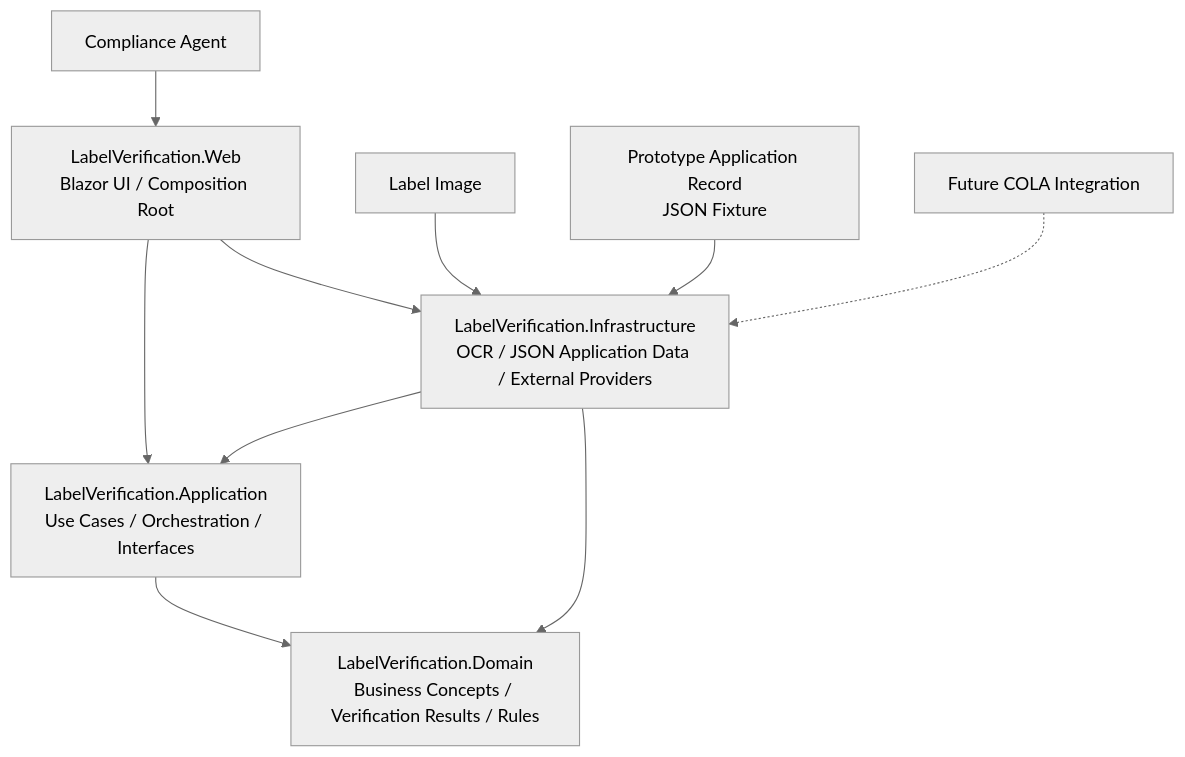
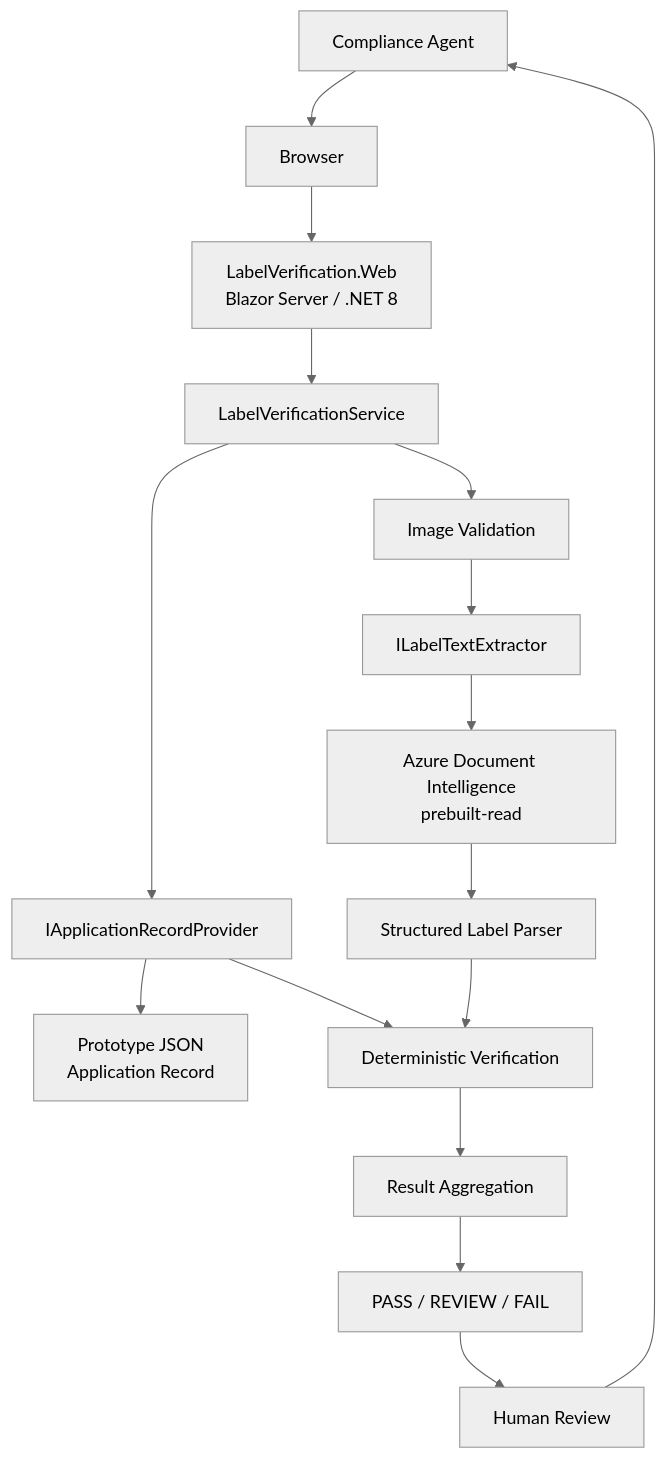
One commit to rawamba/ttb-ai-label-verification changed the first of 6 diagrams in docs/architecture.md. Above: the diagram before and after it, drawn with Mermaid (neutral theme). The commit also changed other lines of this file and 5 other files, not shown here.

````diff
--- a/docs/architecture.md
+++ b/docs/architecture.md
@@ -35,24 +46,37 @@
 ```mermaid
 flowchart TD
     Agent["Compliance Agent"]
-    Web["LabelVerification.Web<br/>Blazor UI / Composition Root"]
-    App["LabelVerification.Application<br/>Use Cases / Orchestration / Interfaces"]
-    Domain["LabelVerification.Domain<br/>Business Concepts / Verification Results / Rules"]
-    Infra["LabelVerification.Infrastructure<br/>OCR / JSON Application Data / External Providers"]
+    Browser["Browser"]
+    Web["LabelVerification.Web<br/>Blazor Server / .NET 8"]
+    Workflow["LabelVerificationService"]
+    AppAdapter["IApplicationRecordProvider"]
+    Json["Prototype JSON<br/>Application Record"]
+    Validator["Image Validation"]
+    OCRBoundary["ILabelTextExtractor"]
+    AzureDI["Azure Document Intelligence<br/>prebuilt-read"]
+    Parser["Structured Label Parser"]
+    Rules["Deterministic Verification"]
+    Aggregate["Result Aggregation"]
+    Result["PASS / REVIEW / FAIL"]
+    Human["Human Review"]
 
-    Label["Label Image"]
-    AppData["Prototype Application Record<br/>JSON Fixture"]
-    FutureCOLA["Future COLA Integration"]
+    Agent --> Browser
+    Browser --> Web
+    Web --> Workflow
 
-    Agent --> Web
-    Web --> App
-    App --> Domain
+    Workflow --> AppAdapter
+    AppAdapter --> Json
 
-    Web --> Infra
-    Infra --> App
-    Infra --> Domain
+    Workflow --> Validator
+    Validator --> OCRBoundary
+    OCRBoundary --> AzureDI
+    AzureDI --> Parser
 
-    Label --> Infra
-    AppData --> Infra
-    FutureCOLA -.-> Infra
+    Parser --> Rules
+    AppAdapter --> Rules
+
+    Rules --> Aggregate
+    Aggregate --> Result
+    Result --> Human
+    Human --> Agent
 ```
````
